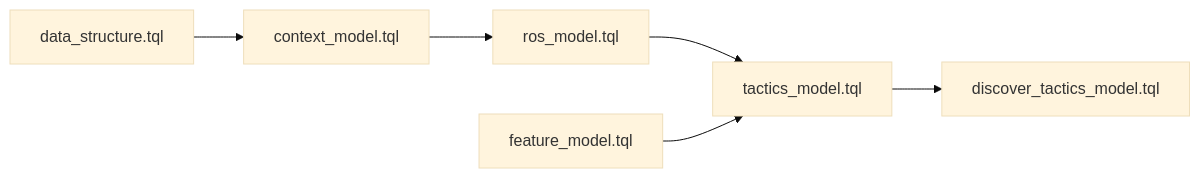
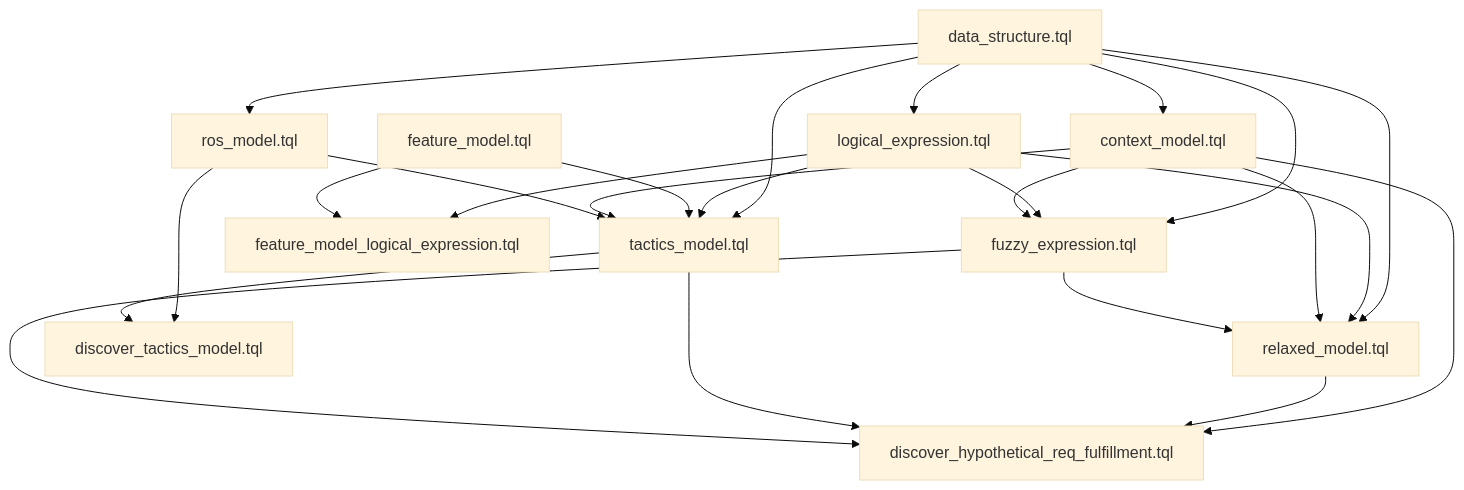
The diagram in README.md (kas-lab/tactical_retreat_kb), drawn with Mermaid (base theme) before and after one commit.

Commit message:
📝 update Mermaid schemas dependency graph

````diff
--- a/README.md
+++ b/README.md
@@ -7,15 +7,44 @@
 ```mermaid
-graph LR
+graph TB
     data_structure["data_structure.tql"]
     context["context_model.tql"]
     ros["ros_model.tql"]
+    logical["logical_expression.tql"]
+    fuzzy["fuzzy_expression.tql"]
     feature["feature_model.tql"]
+    feature_logic["feature_model_logical_expression.tql"]
+    relaxed["relaxed_model.tql"]
     tactics["tactics_model.tql"]
     discover["discover_tactics_model.tql"]
+    discover_hypo["discover_hypothetical_req_fulfillment.tql"]
 
     data_structure --> context
-    context --> ros
+    data_structure --> ros
+    data_structure --> logical
+    data_structure --> fuzzy
+    data_structure --> relaxed
+    data_structure --> tactics
+
+    logical --> fuzzy
+    logical --> relaxed
+    logical --> tactics
+    logical --> feature_logic
+
+    feature --> feature_logic
+    feature --> tactics
+
+    context --> fuzzy
+    context --> relaxed
+    context --> tactics
+    context --> discover_hypo
+
     ros --> tactics
-    feature --> tactics
+    ros --> discover
+
+    fuzzy --> relaxed
+    relaxed --> discover_hypo
+
     tactics --> discover
+    tactics --> discover_hypo
+    fuzzy --> discover_hypo
 ```
````
